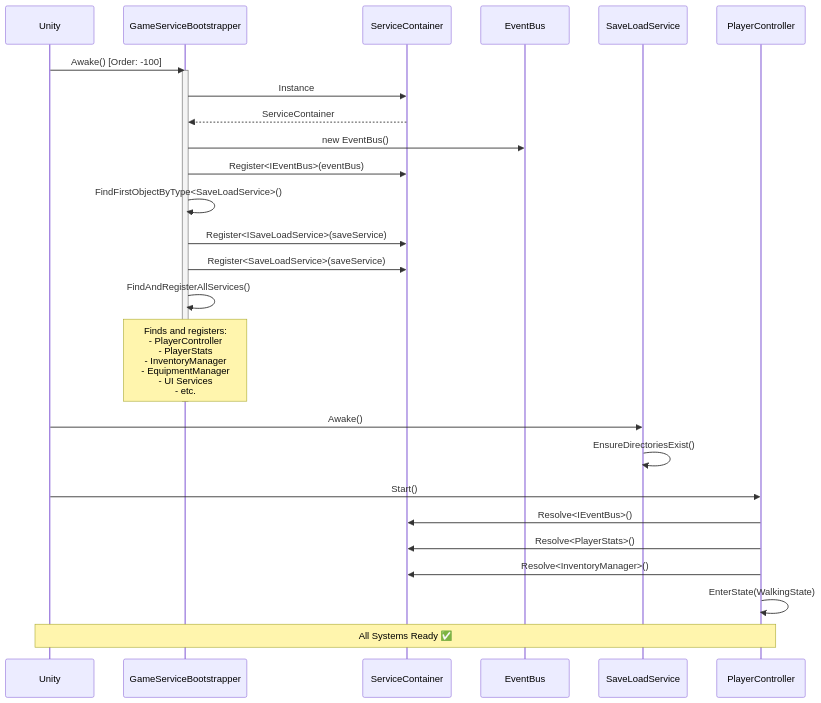
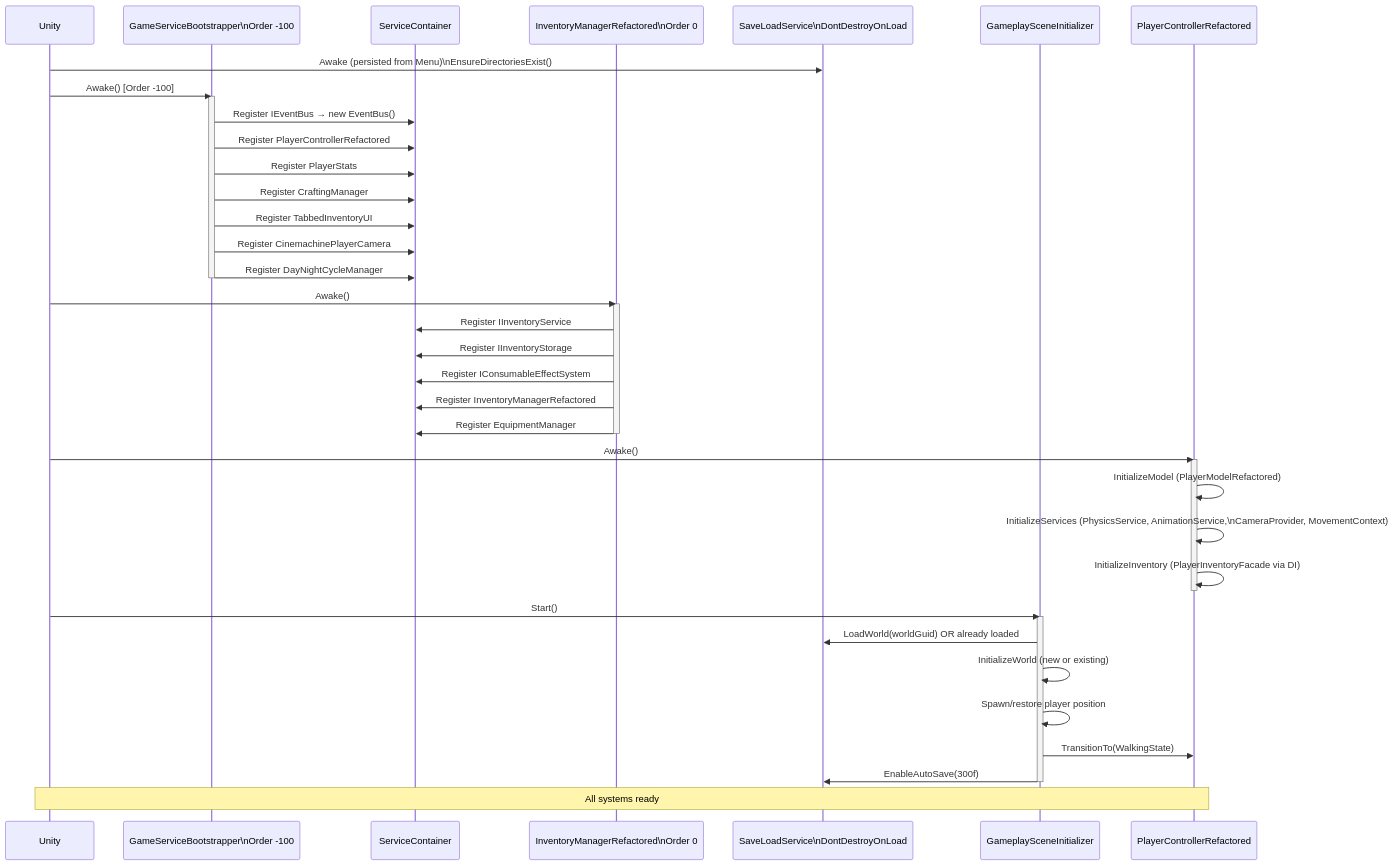
One commit to DontBeknown/so-PEAK changed diagram 19 of 20 in CODEBASE_MERMAID_DIAGRAMS.md. Above: the diagram before and after it, drawn with Mermaid. The commit also changed other lines of this file and 49 other files, not shown here.

````diff
--- a/CODEBASE_MERMAID_DIAGRAMS.md
+++ b/CODEBASE_MERMAID_DIAGRAMS.md
@@ -701,38 +956,50 @@
 ```mermaid
 sequenceDiagram
     participant Unity
-    participant Bootstrap as GameServiceBootstrapper
+    participant Bootstrap as GameServiceBootstrapper\nOrder -100
     participant Container as ServiceContainer
-    participant EventBus
-    participant SaveService as SaveLoadService
-    participant Player as PlayerController
-    
-    Unity->>Bootstrap: Awake() [Order: -100]
+    participant InvMgr as InventoryManagerRefactored\nOrder 0
+    participant SaveSvc as SaveLoadService\nDontDestroyOnLoad
+    participant GSI as GameplaySceneInitializer
+    participant Player as PlayerControllerRefactored
+
+    Unity->>SaveSvc: Awake (persisted from Menu)\nEnsureDirectoriesExist()
+
+    Unity->>Bootstrap: Awake() [Order -100]
     activate Bootstrap
-    
-    Bootstrap->>Container: Instance
-    Container-->>Bootstrap: ServiceContainer
-    
-    Bootstrap->>EventBus: new EventBus()
-    Bootstrap->>Container: Register<IEventBus>(eventBus)
-    
-    Bootstrap->>Bootstrap: FindFirstObjectByType<SaveLoadService>()
-    Bootstrap->>Container: Register<ISaveLoadService>(saveService)
-    Bootstrap->>Container: Register<SaveLoadService>(saveService)
-    
-    Bootstrap->>Bootstrap: FindAndRegisterAllServices()
-    Note over Bootstrap: Finds and registers:<br/>- PlayerController<br/>- PlayerStats<br/>- InventoryManager<br/>- EquipmentManager<br/>- UI Services<br/>- etc.
-    
+    Bootstrap->>Container: Register IEventBus → new EventBus()
+    Bootstrap->>Container: Register PlayerControllerRefactored
+    Bootstrap->>Container: Register PlayerStats
+    Bootstrap->>Container: Register CraftingManager
+    Bootstrap->>Container: Register TabbedInventoryUI
+    Bootstrap->>Container: Register CinemachinePlayerCamera
+    Bootstrap->>Container: Register DayNightCycleManager
     deactivate Bootstrap
-    
-    Unity->>SaveService: Awake()
-    SaveService->>SaveService: EnsureDirectoriesExist()
-    
-    Unity->>Player: Start()
-    Player->>Container: Resolve<IEventBus>()
-    Player->>Container: Resolve<PlayerStats>()
-    Player->>Container: Resolve<InventoryManager>()
-    Player->>Player: EnterState(WalkingState)
-    
-    Note over Unity,Player: All Systems Ready ✅
+
+    Unity->>InvMgr: Awake()
+    activate InvMgr
+    InvMgr->>Container: Register IInventoryService
+    InvMgr->>Container: Register IInventoryStorage
+    InvMgr->>Container: Register IConsumableEffectSystem
+    InvMgr->>Container: Register InventoryManagerRefactored
+    InvMgr->>Container: Register EquipmentManager
+    deactivate InvMgr
+
+    Unity->>Player: Awake()
+    activate Player
+    Player->>Player: InitializeModel (PlayerModelRefactored)
+    Player->>Player: InitializeServices (PhysicsService, AnimationService,\nCameraProvider, MovementContext)
+    Player->>Player: InitializeInventory (PlayerInventoryFacade via DI)
+    deactivate Player
+
+    Unity->>GSI: Start()
+    activate GSI
+    GSI->>SaveSvc: LoadWorld(worldGuid) OR already loaded
+    GSI->>GSI: InitializeWorld (new or existing)
+    GSI->>GSI: Spawn/restore player position
+    GSI->>Player: TransitionTo(WalkingState)
+    GSI->>SaveSvc: EnableAutoSave(300f)
+    deactivate GSI
+
+    Note over Unity,Player: All systems ready
 ```
````
